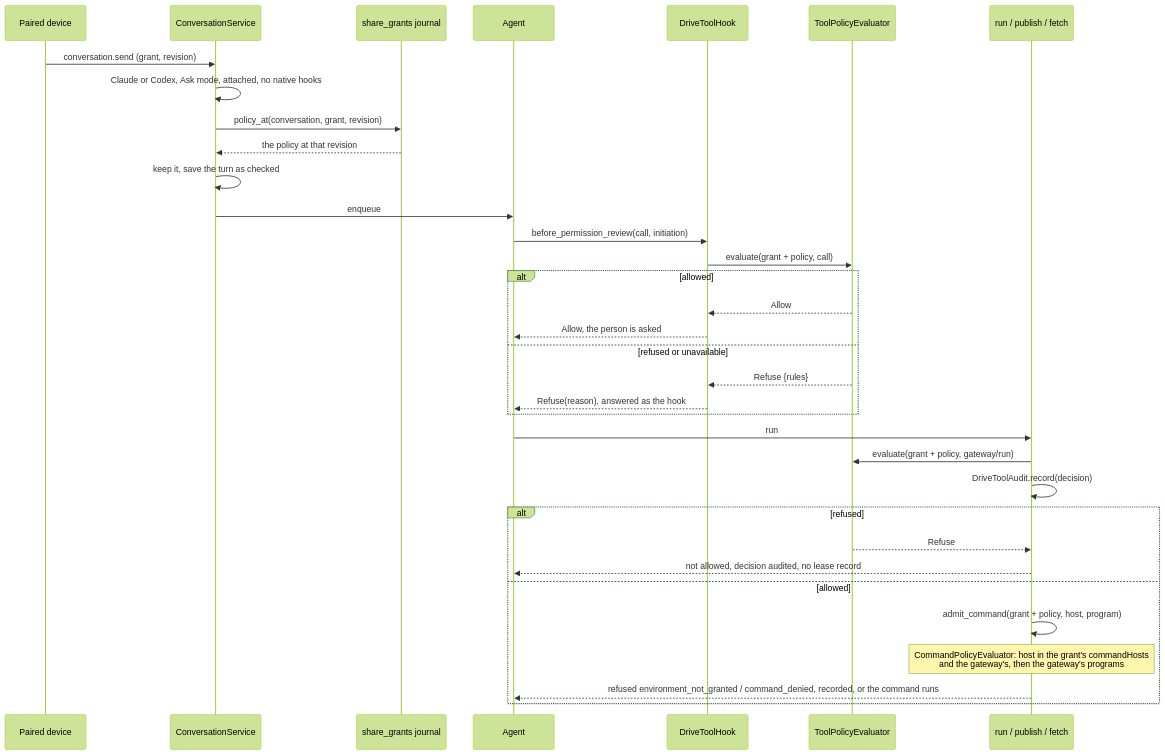
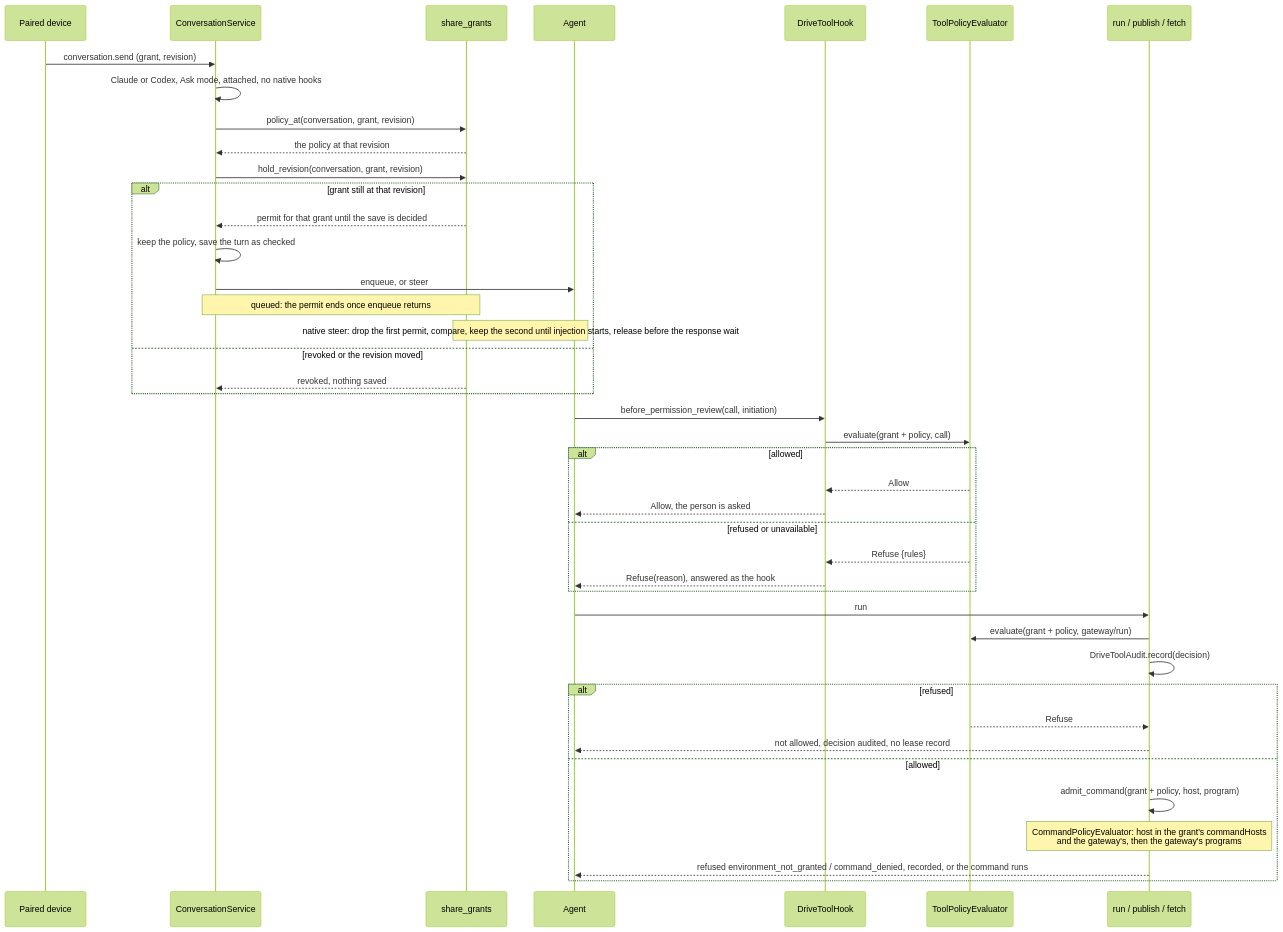
Before and after one commit to nessalabs/nessa-agent: the third of 6 diagrams in docs/design/read-grants.md, drawn with Mermaid (forest theme). The commit also changed other lines of this file and 56 other files, not shown here.

First line of the commit message:
Refuse a Drive turn when its grant moves before the turn starts (#843)

````diff
--- a/docs/design/read-grants.md
+++ b/docs/design/read-grants.md
@@ -359,36 +396,44 @@
 ```mermaid
 sequenceDiagram
     participant Device as Paired device
     participant Service as ConversationService
-    participant Grants as share_grants journal
+    participant Grants as share_grants
     participant Agent
     participant Hook as DriveToolHook
     participant Cedar as ToolPolicyEvaluator
     participant Gateway as run / publish / fetch
     Device->>Service: conversation.send (grant, revision)
     Service->>Service: Claude or Codex, Ask mode, attached, no native hooks
     Service->>Grants: policy_at(conversation, grant, revision)
     Grants-->>Service: the policy at that revision
-    Service->>Service: keep it, save the turn as checked
-    Service->>Agent: enqueue
+    Service->>Grants: hold_revision(conversation, grant, revision)
+    alt grant still at that revision
+        Grants-->>Service: permit for that grant until the save is decided
+        Service->>Service: keep the policy, save the turn as checked
+        Service->>Agent: enqueue, or steer
+        Note over Service,Grants: queued: the permit ends once enqueue returns
+        Note over Agent,Grants: native steer: drop the first permit, compare, keep the second until injection starts, release before the response wait
+    else revoked or the revision moved
+        Grants-->>Service: revoked, nothing saved
+    end
     Agent->>Hook: before_permission_review(call, initiation)
     Hook->>Cedar: evaluate(grant + policy, call)
     alt allowed
         Cedar-->>Hook: Allow
         Hook-->>Agent: Allow, the person is asked
     else refused or unavailable
         Cedar-->>Hook: Refuse {rules}
         Hook-->>Agent: Refuse(reason), answered as the hook
     end
     Agent->>Gateway: run
     Gateway->>Cedar: evaluate(grant + policy, gateway/run)
     Gateway->>Gateway: DriveToolAudit.record(decision)
     alt refused
         Cedar-->>Gateway: Refuse
         Gateway-->>Agent: not allowed, decision audited, no lease record
     else allowed
         Gateway->>Gateway: admit_command(grant + policy, host, program)
         Note over Gateway: CommandPolicyEvaluator: host in the grant's commandHosts<br/>and the gateway's, then the gateway's programs
         Gateway-->>Agent: refused environment_not_granted / command_denied, recorded, or the command runs
     end
 ```
````
